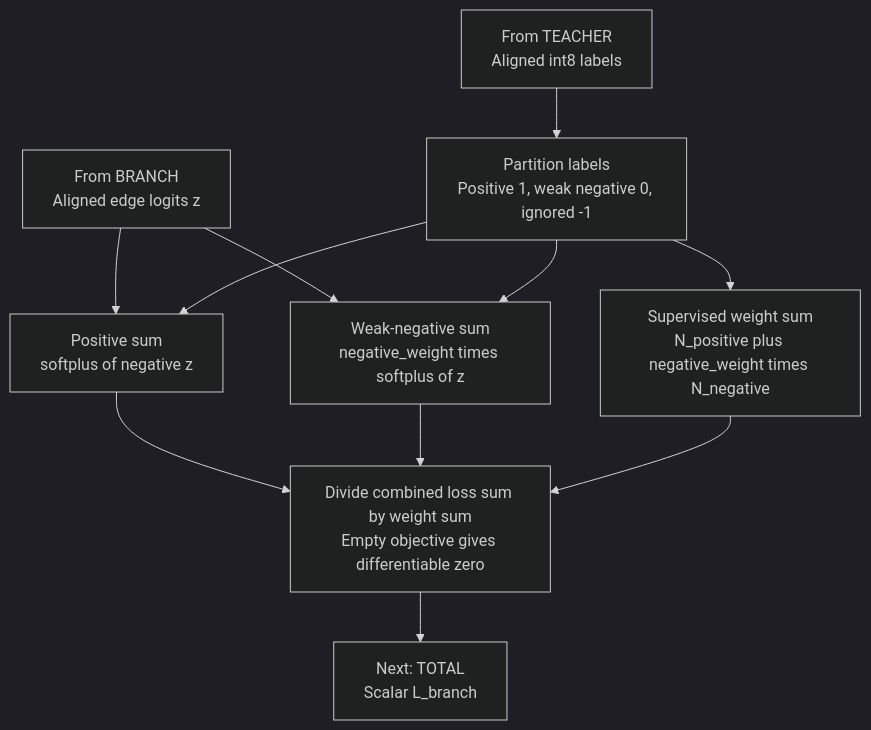
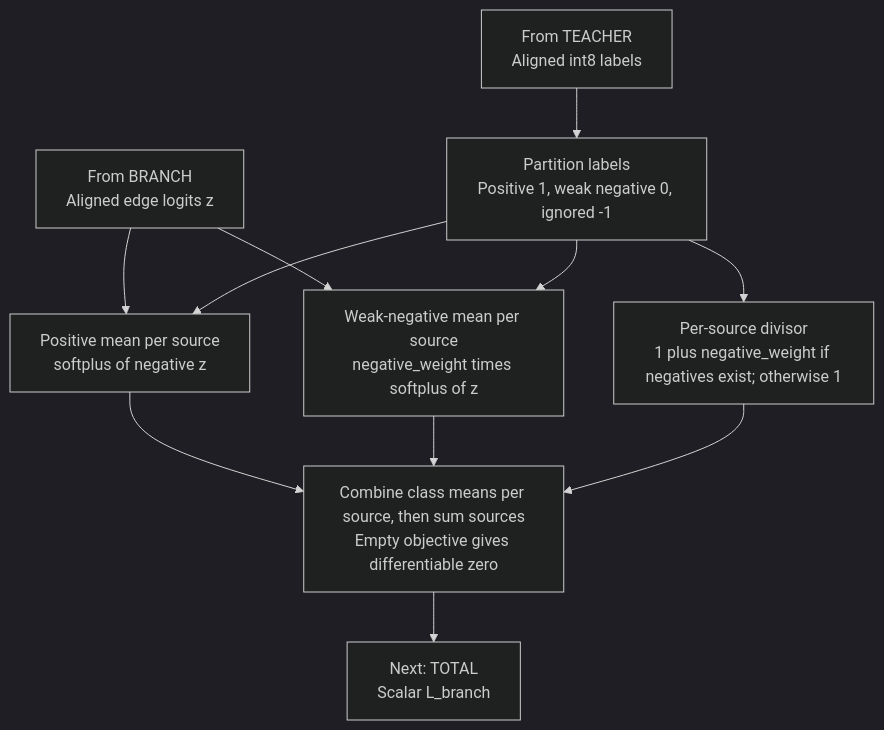
One commit to MotohiroOGAWA/FREDIS changed diagram 15 of 17 in fredis/ml/ARCHITECTURE_DETAILS.md. Above: the diagram before and after it, drawn with Mermaid (dark theme). The commit also changed other lines of this file and 4 other files, not shown here.

````diff
--- a/fredis/ml/ARCHITECTURE_DETAILS.md
+++ b/fredis/ml/ARCHITECTURE_DETAILS.md
@@ -1191,20 +1193,20 @@
 ```mermaid
 flowchart TB
     LOGIT["From BRANCH<br/>Aligned edge logits z"]
     LABEL["From TEACHER<br/>Aligned int8 labels"]
     SPLIT["Partition labels<br/>Positive 1, weak negative 0, ignored -1"]
-    POS["Positive sum<br/>softplus of negative z"]
-    NEG["Weak-negative sum<br/>negative_weight times softplus of z"]
-    DENOM["Supervised weight sum<br/>N_positive plus negative_weight times N_negative"]
-    REDUCE["Divide combined loss sum by weight sum<br/>Empty objective gives differentiable zero"]
+    POS["Positive mean per source<br/>softplus of negative z"]
+    NEG["Weak-negative mean per source<br/>negative_weight times softplus of z"]
+    DENOM["Per-source divisor<br/>1 plus negative_weight if negatives exist; otherwise 1"]
+    REDUCE["Combine class means per source, then sum sources<br/>Empty objective gives differentiable zero"]
     NEXT["Next: TOTAL<br/>Scalar L_branch"]
     LOGIT --> POS
     LOGIT --> NEG
     LABEL --> SPLIT
     SPLIT --> POS
     SPLIT --> NEG
     SPLIT --> DENOM
     POS --> REDUCE
     NEG --> REDUCE
     DENOM --> REDUCE --> NEXT
 ```
````
